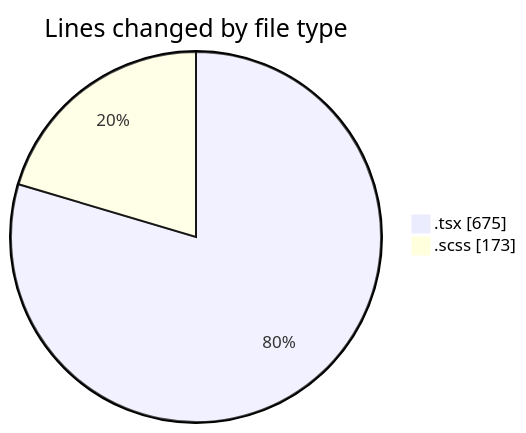
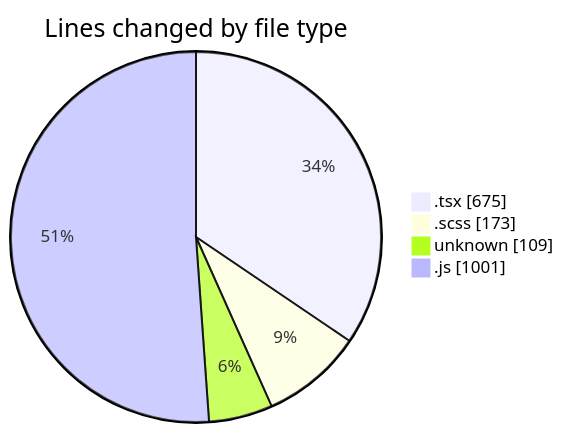
One commit to momahboobian/code-tracking changed the first of 2 diagrams in 2026-04-16/cda/README.md. Above: the diagram before and after it, drawn with Mermaid. The commit also changed other lines of this file and 1 other file, not shown here.

````diff
--- a/2026-04-16/cda/README.md
+++ b/2026-04-16/cda/README.md
@@ -23,6 +27,8 @@
 ```mermaid
 pie showData
 title Lines changed by file type
 ".tsx" : 675
 ".scss" : 173
+"unknown" : 109
+".js" : 1001
 ```
````
